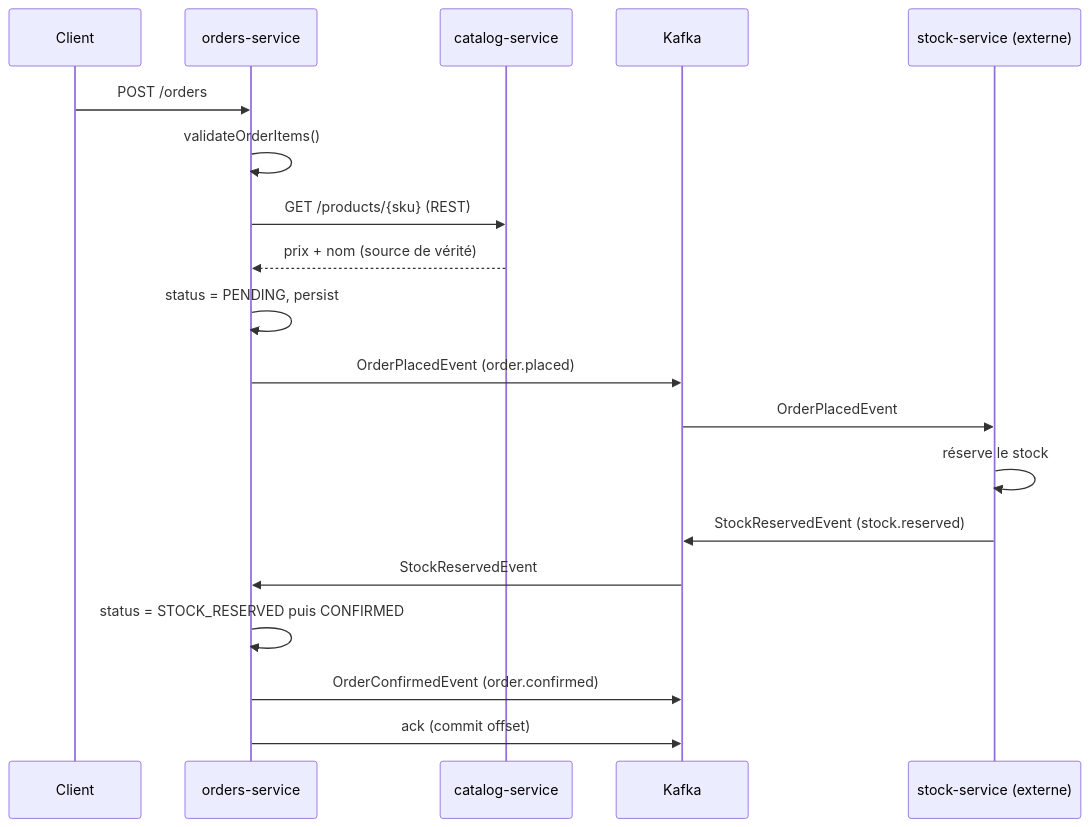
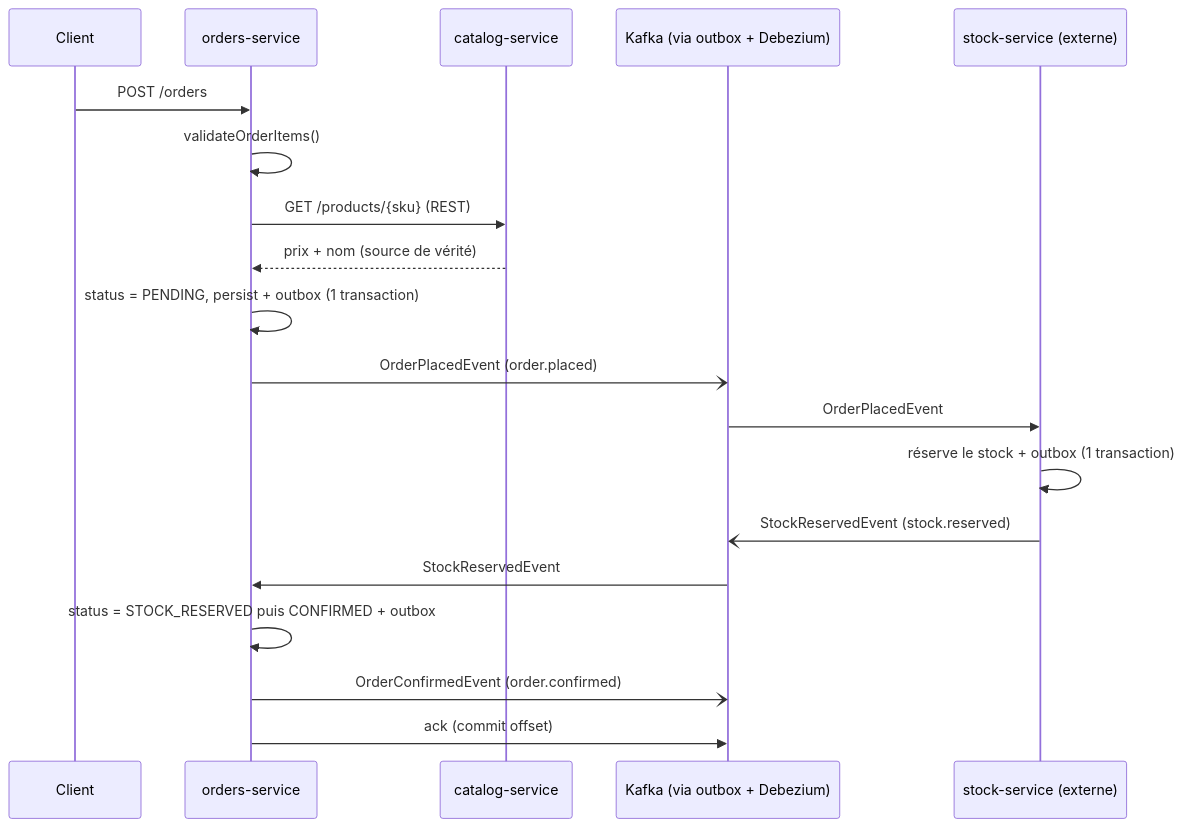
Before and after one commit to souleymanebarry/saga-pattern: the third of 3 diagrams in docs/saga-flow.md, drawn with Mermaid. The commit also changed other lines of this file and 2 other files, not shown here.

Commit message:
docs ✨: document transactional outbox + Debezium CDC flow

````diff
--- a/docs/saga-flow.md
+++ b/docs/saga-flow.md
@@ -108,22 +112,22 @@
 ```mermaid
 sequenceDiagram
     participant C as Client
     participant OS as orders-service
     participant CAT as catalog-service
-    participant K as Kafka
+    participant K as Kafka (via outbox + Debezium)
     participant SS as stock-service (externe)
 
     C->>OS: POST /orders
     OS->>OS: validateOrderItems()
     OS->>CAT: GET /products/{sku} (REST)
     CAT-->>OS: prix + nom (source de vérité)
-    OS->>OS: status = PENDING, persist
-    OS->>K: OrderPlacedEvent (order.placed)
+    OS->>OS: status = PENDING, persist + outbox (1 transaction)
+    OS-)K: OrderPlacedEvent (order.placed)
     K->>SS: OrderPlacedEvent
-    SS->>SS: réserve le stock
-    SS->>K: StockReservedEvent (stock.reserved)
+    SS->>SS: réserve le stock + outbox (1 transaction)
+    SS-)K: StockReservedEvent (stock.reserved)
     K->>OS: StockReservedEvent
-    OS->>OS: status = STOCK_RESERVED puis CONFIRMED
-    OS->>K: OrderConfirmedEvent (order.confirmed)
+    OS->>OS: status = STOCK_RESERVED puis CONFIRMED + outbox
+    OS-)K: OrderConfirmedEvent (order.confirmed)
     OS->>K: ack (commit offset)
 ```
````
